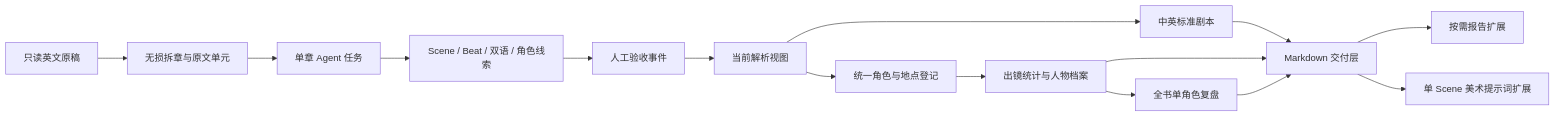
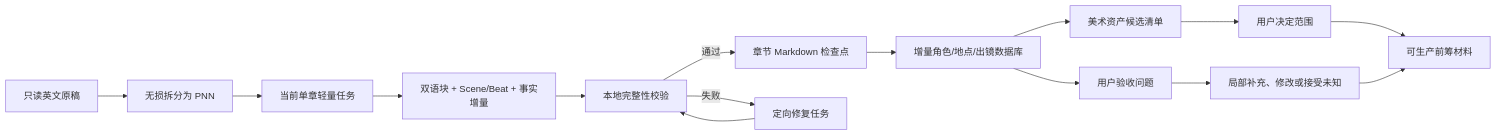
Before and after one commit to Karin-java/bilingual-preprod-system: the diagram in README.md, drawn with Mermaid. The commit also changed other lines of this file and 72 other files, not shown here.

````diff
--- a/README.md
+++ b/README.md
@@ -21,17 +32,17 @@
 ```mermaid
 flowchart LR
-    A["只读英文原稿"] --> B["无损拆章与原文单元"]
-    B --> C["单章 Agent 任务"]
-    C --> D["Scene / Beat / 双语 / 角色线索"]
-    D --> E["人工验收事件"]
-    E --> F["当前解析视图"]
-    F --> G["中英标准剧本"]
-    F --> H["统一角色与地点登记"]
-    H --> I["出镜统计与人物档案"]
-    I --> J["全书单角色复盘"]
-    G --> K["Markdown 交付层"]
-    I --> K
-    J --> K
-    K --> L["按需报告扩展"]
-    K --> M["单 Scene 美术提示词扩展"]
+    A["只读英文原稿"] --> B["无损拆分为 PNN"]
+    B --> C["当前单章轻量任务"]
+    C --> D["双语块 + Scene/Beat + 事实增量"]
+    D --> E["本地完整性校验"]
+    E -->|通过| F["章节 Markdown 检查点"]
+    E -->|失败| C2["定向修复任务"]
+    C2 --> E
+    F --> G["增量角色/地点/出镜数据库"]
+    G --> H["美术资产候选清单"]
+    G --> I["用户验收问题"]
+    H --> J["用户决定范围"]
+    I --> K["局部补充、修改或接受未知"]
+    J --> L["可生产前筹材料"]
+    K --> L
 ```
````
